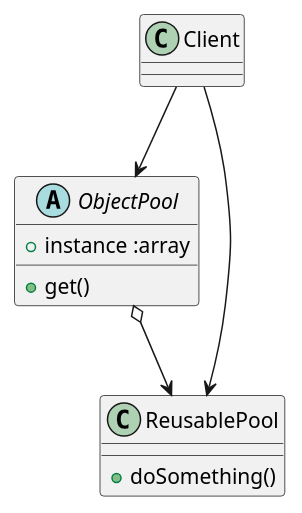
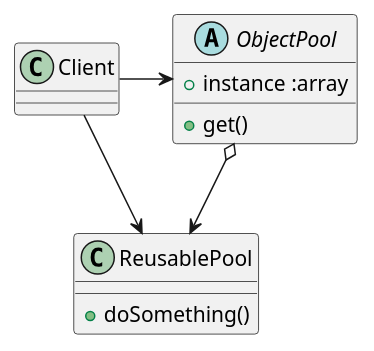
The diagram in out/production/MultithreadSingletonObjectpool/UML.puml (Erk-Vural/Objectpool-java), drawn with PlantUML before and after one commit. The commit also changed 9 other files, not shown here.

```diff
--- a/out/production/MultithreadSingletonObjectpool/UML.puml
+++ b/out/production/MultithreadSingletonObjectpool/UML.puml
@@ -1,20 +1,20 @@
 @startuml
 
 class Client
 
 abstract class ObjectPool {
  + instance :array
  + get()
 }
 
 class ReusablePool {
  + doSomething()
 }
 
 ObjectPool o--> ReusablePool
 
-Client --> ObjectPool
+Client -> ObjectPool
 
-Client --> ReusablePool
+Client -> ReusablePool
 
 @enduml
```
